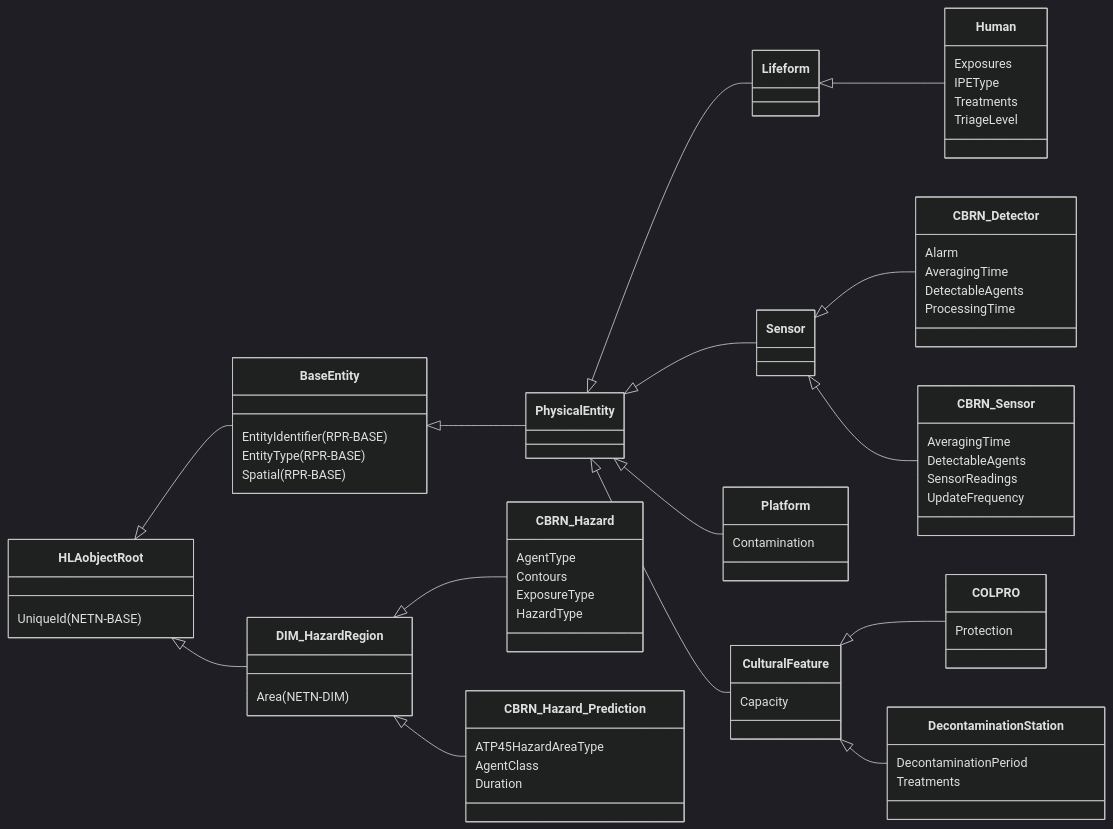
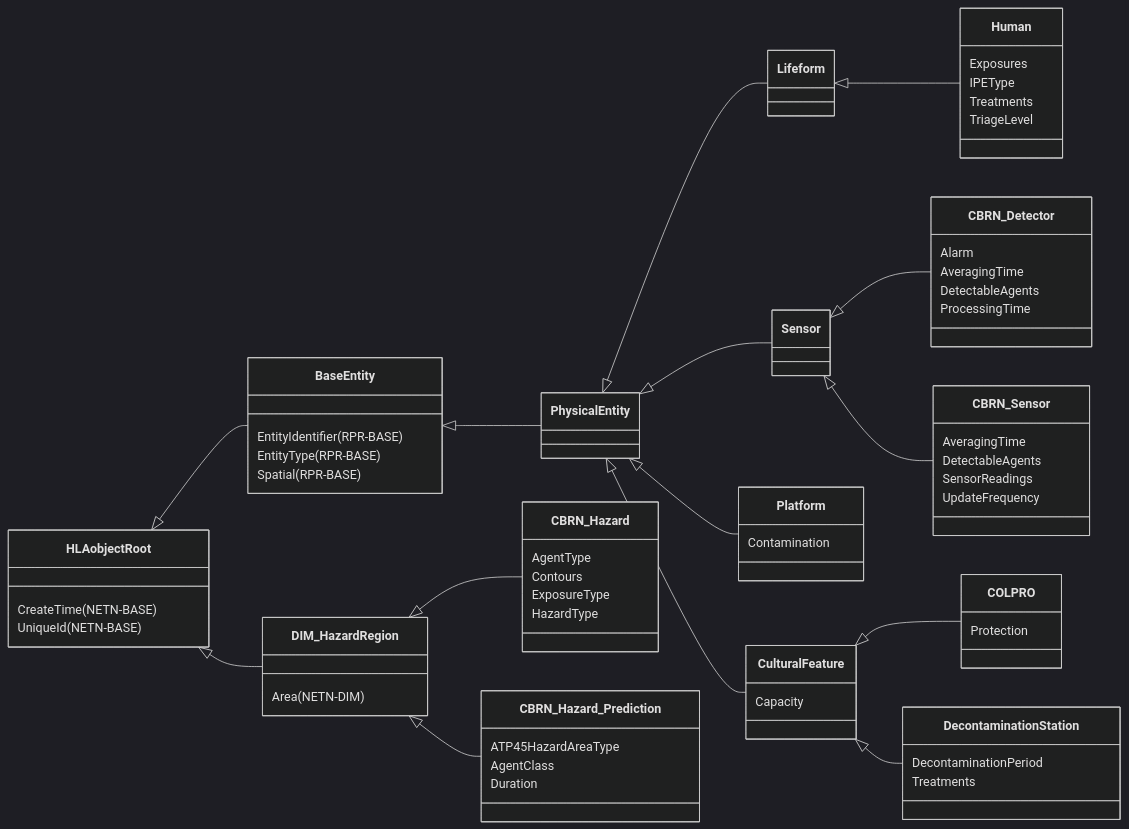
One commit to AMSP-04/NETN-CBRN changed the eighth of 9 diagrams in NETN-CBRN.md. Above: the diagram before and after it, drawn with Mermaid (dark theme). The commit also changed other lines of this file and 2 other files, not shown here.

````diff
--- a/NETN-CBRN.md
+++ b/NETN-CBRN.md
@@ -28,48 +215,49 @@
 ```mermaid
 classDiagram 
 direction LR
 
 HLAobjectRoot <|-- BaseEntity
 HLAobjectRoot <|-- DIM_HazardRegion
+HLAobjectRoot : CreateTime(NETN-BASE)
 HLAobjectRoot : UniqueId(NETN-BASE)
 BaseEntity <|-- PhysicalEntity
 BaseEntity : EntityIdentifier(RPR-BASE)
 BaseEntity : EntityType(RPR-BASE)
 BaseEntity : Spatial(RPR-BASE)
 PhysicalEntity <|-- Lifeform
 PhysicalEntity <|-- Sensor
 PhysicalEntity <|-- Platform
 PhysicalEntity <|-- CulturalFeature
 Lifeform <|-- Human
 Human : Exposures
 Human : IPEType
 Human : Treatments
 Human : TriageLevel
 Sensor <|-- CBRN_Detector
 Sensor <|-- CBRN_Sensor
 CBRN_Detector : Alarm
 CBRN_Detector : AveragingTime
 CBRN_Detector : DetectableAgents
 CBRN_Detector : ProcessingTime
 CBRN_Sensor : AveragingTime
 CBRN_Sensor : DetectableAgents
 CBRN_Sensor : SensorReadings
 CBRN_Sensor : UpdateFrequency
 Platform : Contamination
 CulturalFeature <|-- COLPRO
 CulturalFeature <|-- DecontaminationStation
 CulturalFeature : Capacity
 COLPRO : Protection
 DecontaminationStation : DecontaminationPeriod
 DecontaminationStation : Treatments
 DIM_HazardRegion <|-- CBRN_Hazard
 DIM_HazardRegion <|-- CBRN_Hazard_Prediction
 DIM_HazardRegion : Area(NETN-DIM)
 CBRN_Hazard : AgentType
 CBRN_Hazard : Contours
 CBRN_Hazard : ExposureType
 CBRN_Hazard : HazardType
 CBRN_Hazard_Prediction : ATP45HazardAreaType
 CBRN_Hazard_Prediction : AgentClass
 CBRN_Hazard_Prediction : Duration
 ```
````
